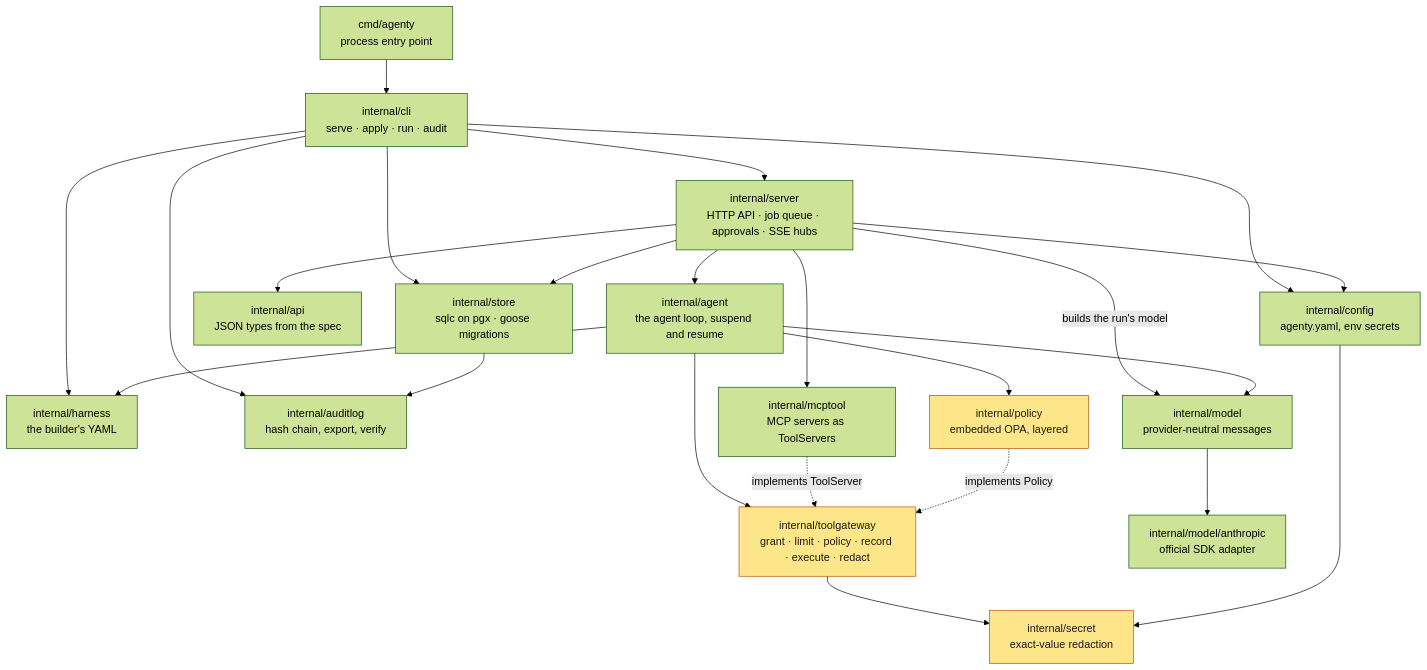
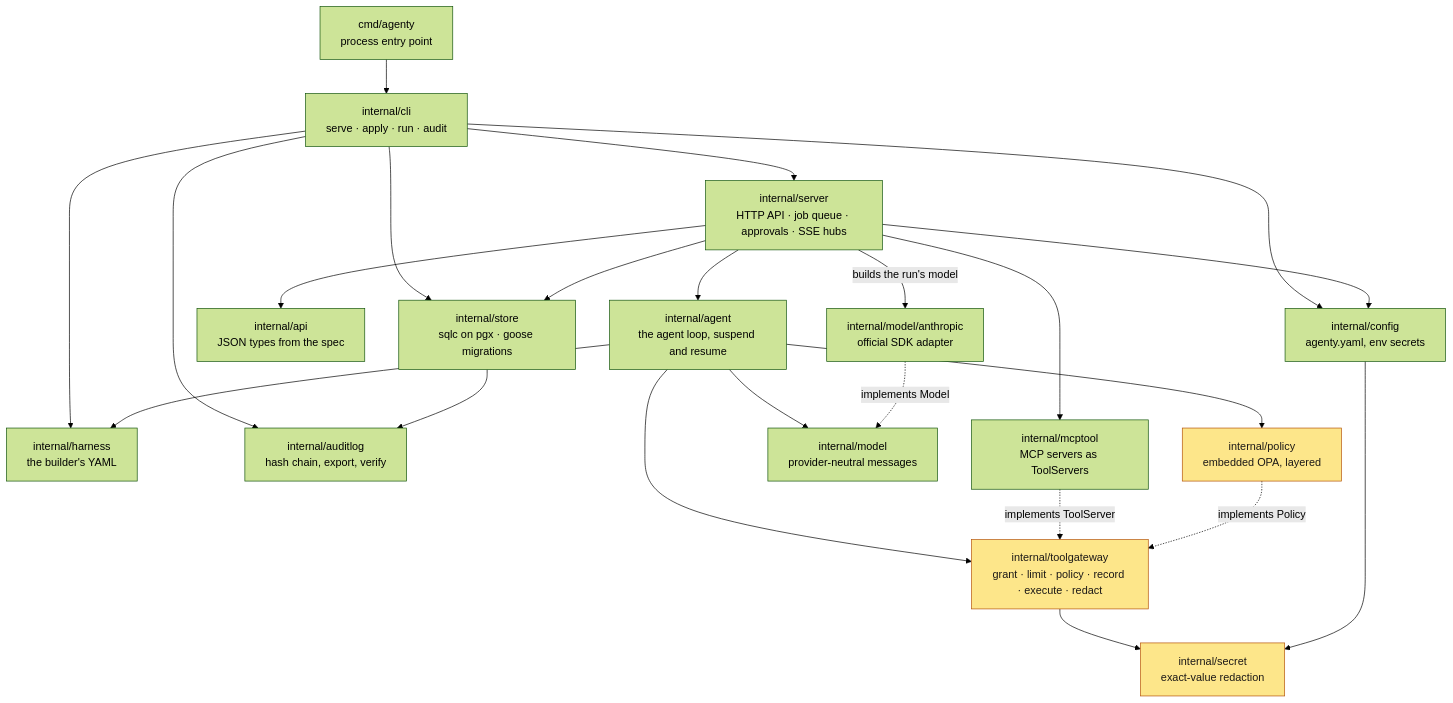
The second of 7 diagrams in README.md (jangraefen/agenty), drawn with Mermaid (forest theme) before and after one commit. The commit also changed other lines of this file and 1 other file, not shown here.

Commit message:
docs: correct details' type, the model adapter's edge, decision order and two run claims

````diff
--- a/README.md
+++ b/README.md
@@ -69,30 +69,31 @@
 ```mermaid
 flowchart TB
     cmd["cmd/agenty<br/>process entry point"] --> cli
     cli["internal/cli<br/>serve · apply · run · audit"] --> config & server & harness
     cli --> auditlog & store
 
     server["internal/server<br/>HTTP API · job queue · approvals · SSE hubs"]
     server --> api["internal/api<br/>JSON types from the spec"]
     server --> store["internal/store<br/>sqlc on pgx · goose migrations"]
     server --> agent
     server --> mcptool
     server --> config
-    server -- "builds the run's model" --> model
 
     agent["internal/agent<br/>the agent loop, suspend and resume"] --> model
     agent --> toolgateway
     agent --> policy
     agent --> harness["internal/harness<br/>the builder's YAML"]
 
-    model["internal/model<br/>provider-neutral messages"] --> anthropic["internal/model/anthropic<br/>official SDK adapter"]
+    model["internal/model<br/>provider-neutral messages"]
+    anthropic["internal/model/anthropic<br/>official SDK adapter"] -. "implements Model" .-> model
+    server -- "builds the run's model" --> anthropic
 
     toolgateway["internal/toolgateway<br/>grant · limit · policy · record · execute · redact"] --> secret
     mcptool["internal/mcptool<br/>MCP servers as ToolServers"] -. "implements ToolServer" .-> toolgateway
     policy["internal/policy<br/>embedded OPA, layered"] -. "implements Policy" .-> toolgateway
     store --> auditlog["internal/auditlog<br/>hash chain, export, verify"]
     config["internal/config<br/>agenty.yaml, env secrets"] --> secret["internal/secret<br/>exact-value redaction"]
 
     classDef core fill:#fde68a,stroke:#b45309,color:#1c1917
     class toolgateway,policy,secret core
 ```
````
